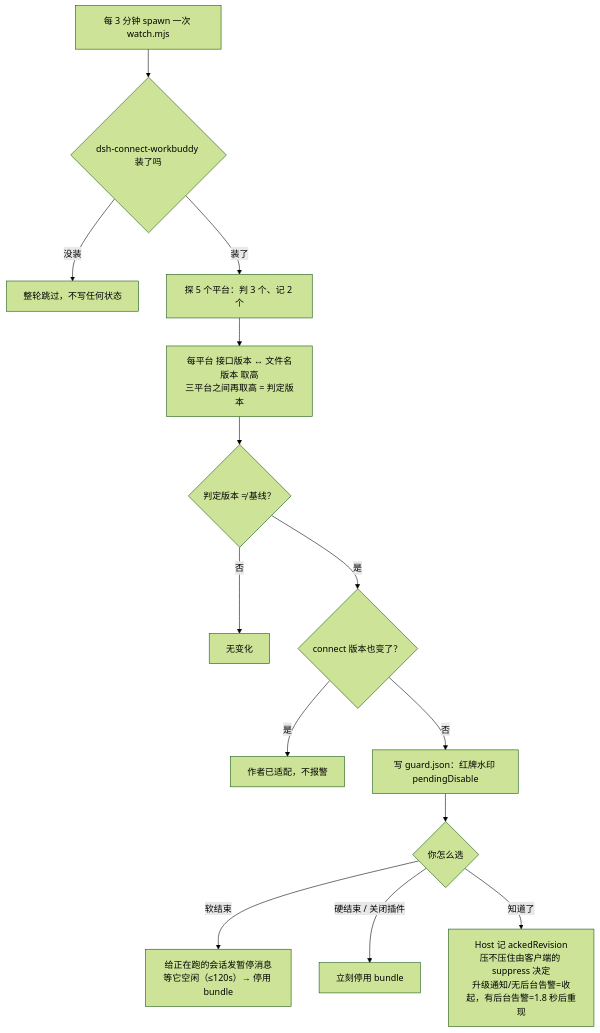
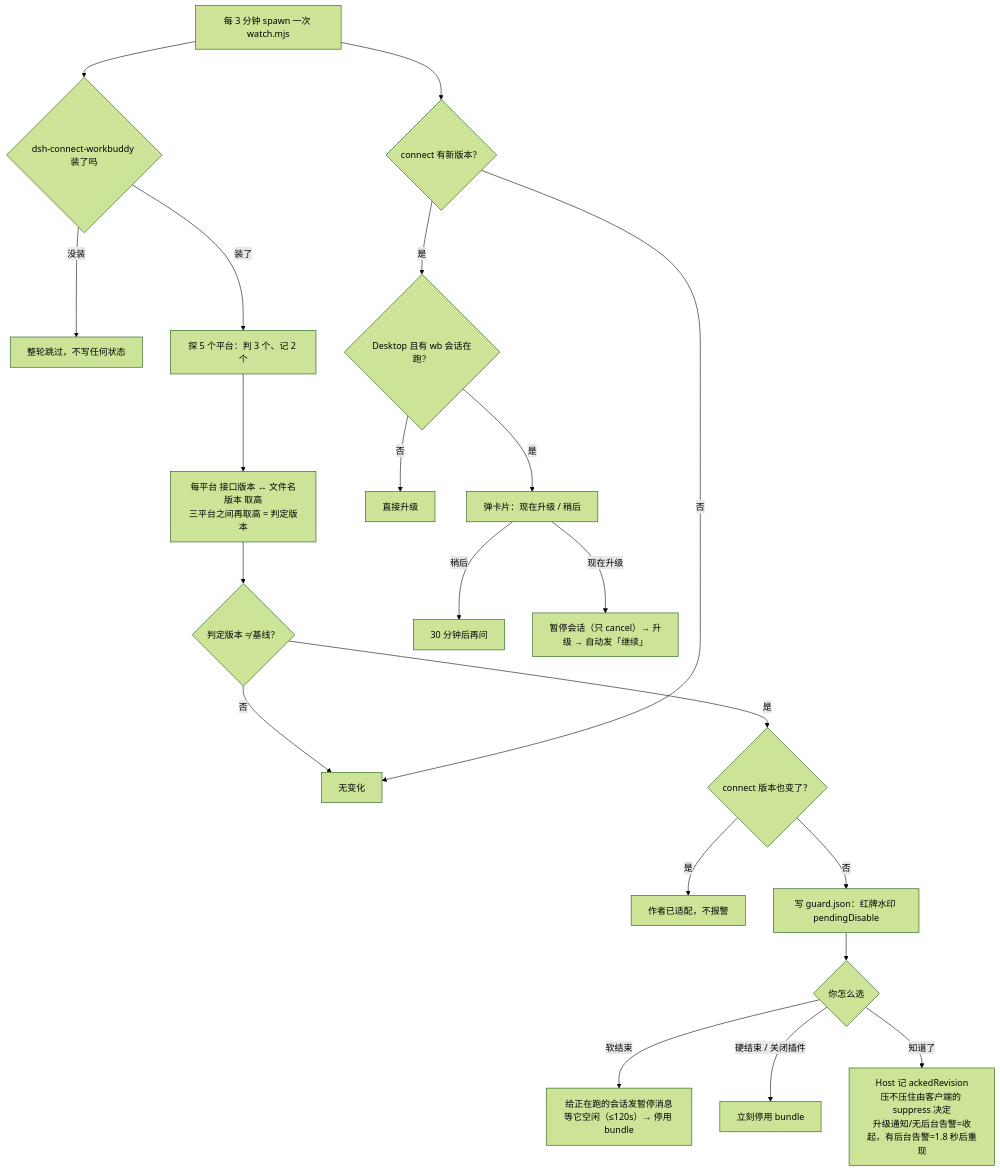
Before and after one commit to eeetechen/dsh-workbuddy-account-care: the diagram in README.md, drawn with Mermaid (forest theme). The commit also changed other lines of this file and 4 other files, not shown here.

````diff
--- a/README.md
+++ b/README.md
@@ -36,16 +37,23 @@
 ```mermaid
 flowchart TD
   A["每 3 分钟 spawn 一次 watch.mjs"] --> B{"dsh-connect-workbuddy 装了吗"}
   B -- 没装 --> B1["整轮跳过，不写任何状态"]
   B -- 装了 --> C["探 5 个平台：判 3 个、记 2 个"]
   C --> D["每平台 接口版本 ↔ 文件名版本 取高<br/>三平台之间再取高 = 判定版本"]
   D --> E{"判定版本 ≠ 基线？"}
   E -- 否 --> Z["无变化"]
   E -- 是 --> F{"connect 版本也变了？"}
   F -- 是 --> Z2["作者已适配，不报警"]
   F -- 否 --> G["写 guard.json：红牌水印 pendingDisable"]
   G --> H{"你怎么选"}
   H -- 软结束 --> I["给正在跑的会话发暂停消息<br/>等它空闲（≤120s）→ 停用 bundle"]
   H -- 硬结束 / 关闭插件 --> J["立刻停用 bundle"]
   H -- 知道了 --> K["Host 记 ackedRevision<br/>压不压住由客户端的 suppress 决定<br/>升级通知/无后台告警=收起，有后台告警=1.8 秒后重现"]
+  A --> U{"connect 有新版本？"}
+  U -- 否 --> Z
+  U -- 是 --> V{"Desktop 且有 wb 会话在跑？"}
+  V -- 否 --> W["直接升级"]
+  V -- 是 --> X["弹卡片：现在升级 / 稍后"]
+  X -- 稍后 --> X2["30 分钟后再问"]
+  X -- 现在升级 --> Y["暂停会话（只 cancel）→ 升级 → 自动发「继续」"]
 ```
````
